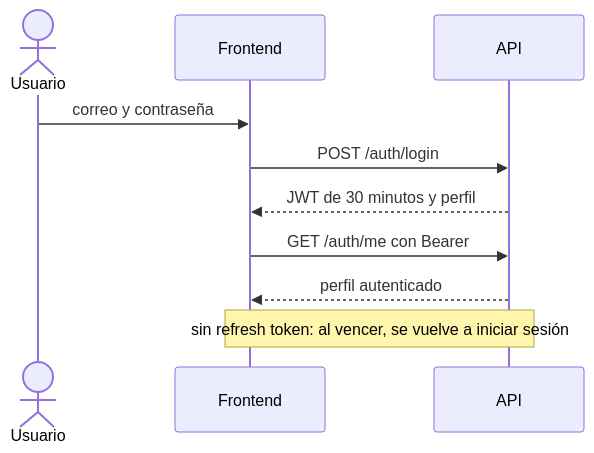
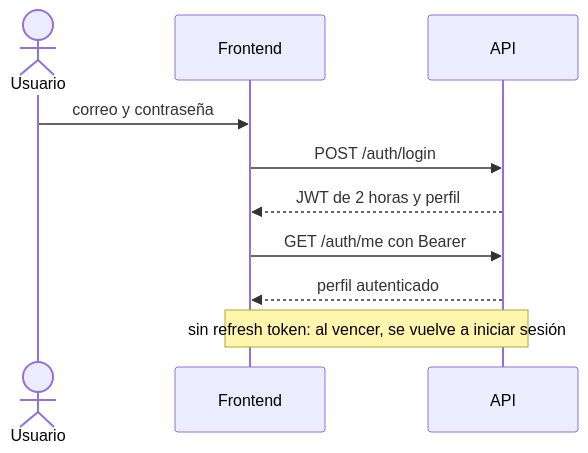
The second of 5 diagrams in README.md (Eliza-05/notihouse-pal), drawn with Mermaid before and after one commit. The commit also changed other lines of this file and 27 other files, not shown here.

````diff
--- a/README.md
+++ b/README.md
@@ -169,12 +169,12 @@
 ```mermaid
 sequenceDiagram
   actor U as Usuario
   participant F as Frontend
   participant A as API
   U->>F: correo y contraseña
   F->>A: POST /auth/login
-  A-->>F: JWT de 30 minutos y perfil
+  A-->>F: JWT de 2 horas y perfil
   F->>A: GET /auth/me con Bearer
   A-->>F: perfil autenticado
   Note over F,A: sin refresh token: al vencer, se vuelve a iniciar sesión
 ```
````
